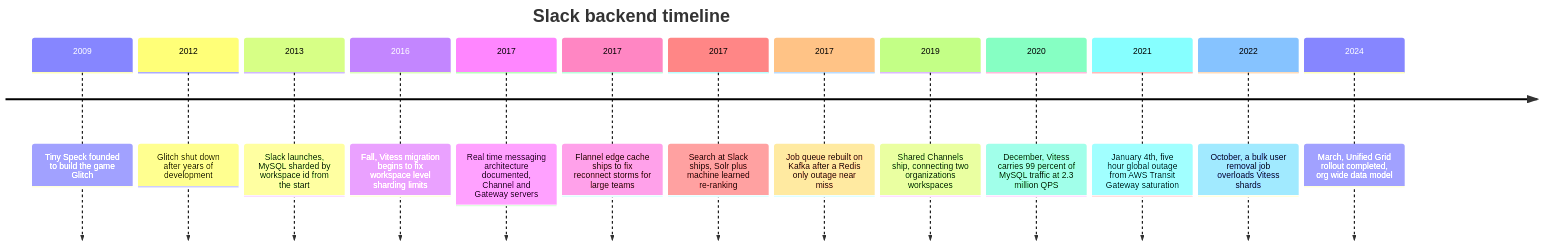
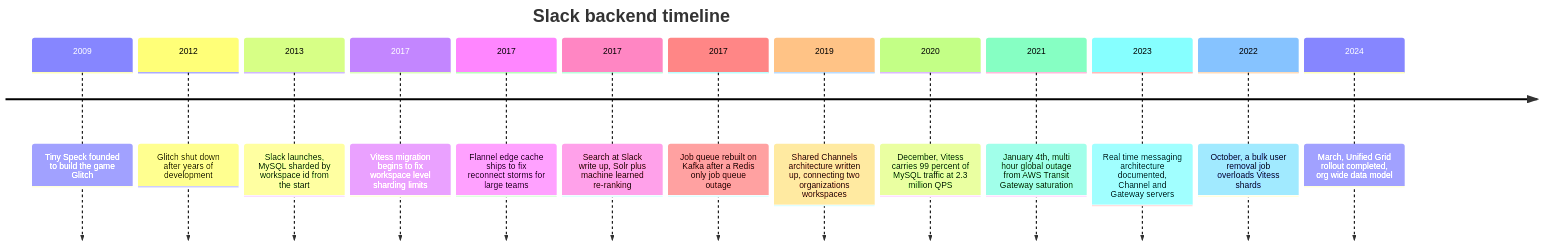
One commit to alwin-verus/big-tech-system-design changed the first of 6 diagrams in companies/slack.md. Above: the diagram before and after it, drawn with Mermaid. The commit also changed other lines of this file and 56 other files, not shown here.

````diff
--- a/companies/slack.md
+++ b/companies/slack.md
@@ -183,17 +297,17 @@
 ```mermaid
 timeline
   title Slack backend timeline
   2009 : Tiny Speck founded to build the game Glitch
   2012 : Glitch shut down after years of development
   2013 : Slack launches, MySQL sharded by workspace id from the start
-  2016 : Fall, Vitess migration begins to fix workspace level sharding limits
-  2017 : Real time messaging architecture documented, Channel and Gateway servers
+  2017 : Vitess migration begins to fix workspace level sharding limits
   2017 : Flannel edge cache ships to fix reconnect storms for large teams
-  2017 : Search at Slack ships, Solr plus machine learned re-ranking
-  2017 : Job queue rebuilt on Kafka after a Redis only outage near miss
-  2019 : Shared Channels ship, connecting two organizations workspaces
+  2017 : Search at Slack write up, Solr plus machine learned re-ranking
+  2017 : Job queue rebuilt on Kafka after a Redis only job queue outage
+  2019 : Shared Channels architecture written up, connecting two organizations workspaces
   2020 : December, Vitess carries 99 percent of MySQL traffic at 2.3 million QPS
-  2021 : January 4th, five hour global outage from AWS Transit Gateway saturation
+  2021 : January 4th, multi hour global outage from AWS Transit Gateway saturation
+  2023 : Real time messaging architecture documented, Channel and Gateway servers
   2022 : October, a bulk user removal job overloads Vitess shards
   2024 : March, Unified Grid rollout completed, org wide data model
 ```
````
